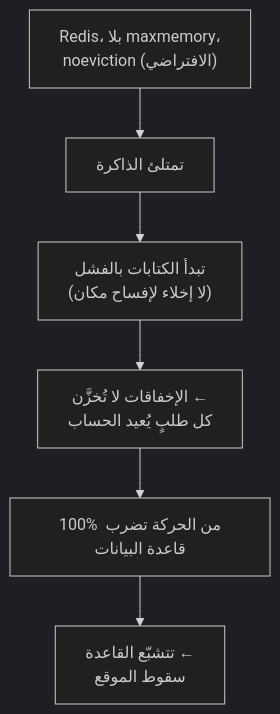
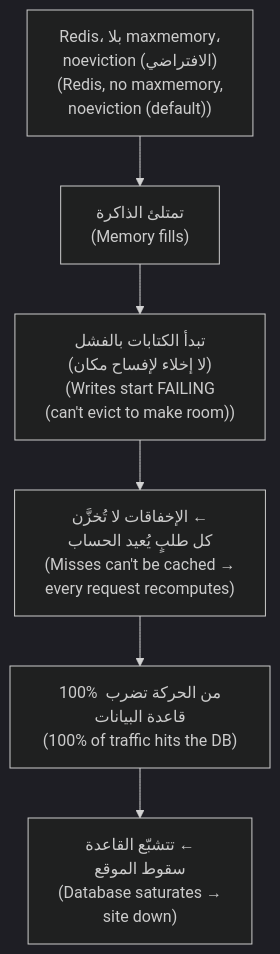
Before and after one commit to Tamoura/system-design-for-vibe-coders: the fourth of 5 diagrams in modules/03-caching/module.ar.md, drawn with Mermaid (dark theme). The commit also changed other lines of this file and 62 other files, not shown here.

First line of the commit message:
Arabic editions: English on every diagram label, RTL fixes, rebuild

````diff
--- a/modules/03-caching/module.ar.md
+++ b/modules/03-caching/module.ar.md
@@ -361,8 +361,8 @@
 ```mermaid
 flowchart TD
-    A["Redis، بلا maxmemory،<br/>noeviction (الافتراضي)"] --> B["تمتلئ الذاكرة"]
-    B --> C["تبدأ الكتابات بالفشل<br/>(لا إخلاء لإفساح مكان)"]
-    C --> D["الإخفاقات لا تُخزَّن ←<br/>كل طلبٍ يُعيد الحساب"]
-    D --> E["100% من الحركة تضرب قاعدة البيانات"]
-    E --> F["تتشبّع القاعدة ←<br/>سقوط الموقع"]
+    A["Redis، بلا maxmemory،<br/>noeviction (الافتراضي)<br/>(Redis, no maxmemory,<br/>noeviction (default))"] --> B["تمتلئ الذاكرة<br/>(Memory fills)"]
+    B --> C["تبدأ الكتابات بالفشل<br/>(لا إخلاء لإفساح مكان)<br/>(Writes start FAILING<br/>(can't evict to make room))"]
+    C --> D["الإخفاقات لا تُخزَّن ←<br/>كل طلبٍ يُعيد الحساب<br/>(Misses can't be cached →<br/>every request recomputes)"]
+    D --> E["100% من الحركة تضرب قاعدة البيانات<br/>(100% of traffic hits the DB)"]
+    E --> F["تتشبّع القاعدة ←<br/>سقوط الموقع<br/>(Database saturates →<br/>site down)"]
 ```
````
